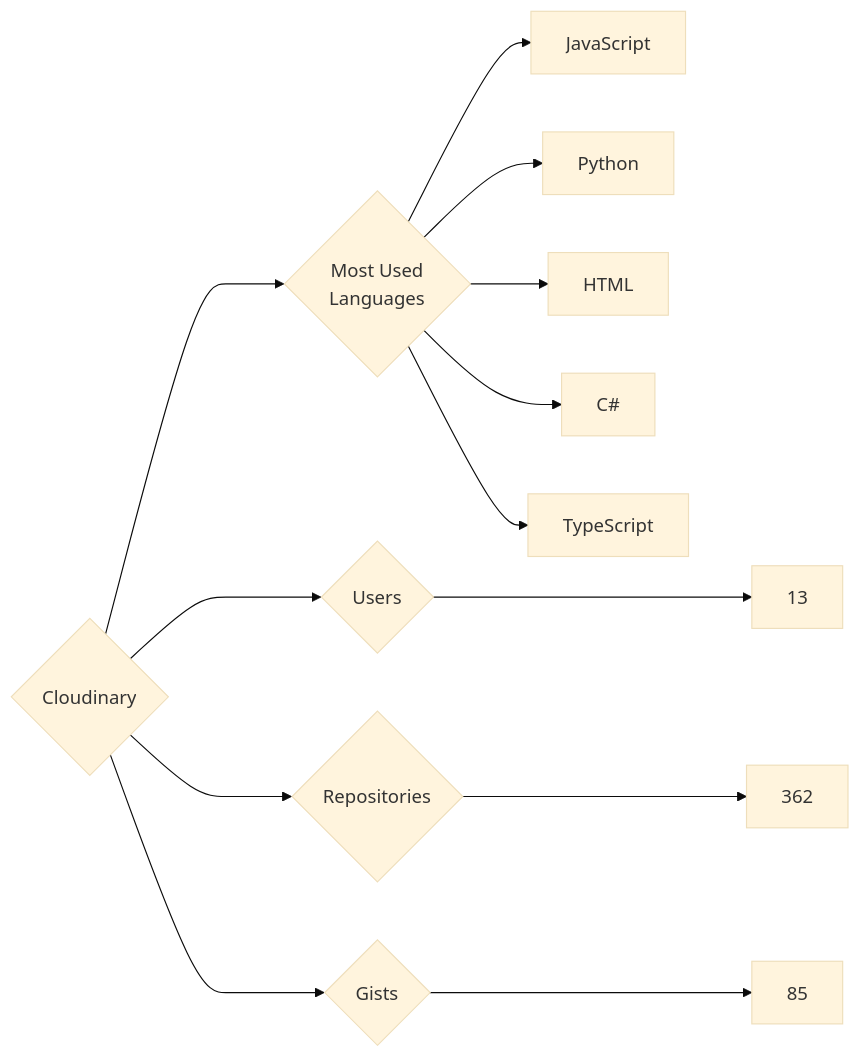
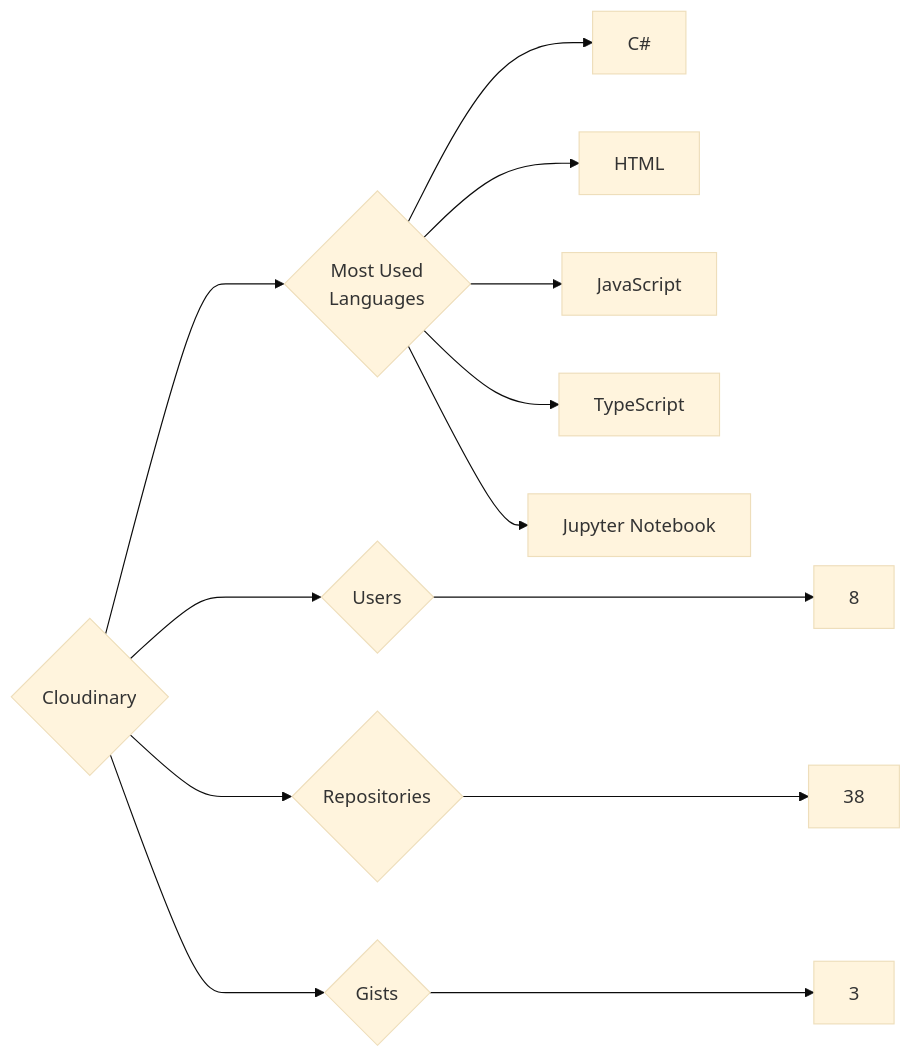
Before and after one commit to trickest/insiders: the diagram in targets/Cloudinary/README.md, drawn with Mermaid (base theme). The commit also changed 1149 other files, not shown here.

````diff
--- a/targets/Cloudinary/README.md
+++ b/targets/Cloudinary/README.md
@@ -3,13 +3,13 @@
 ```mermaid
 graph LR
 COMPANY_NAME{Cloudinary}
-COMPANY_NAME ---> U{Users} ---> UN[13]
-COMPANY_NAME ---> R{Repositories} ---> RN[362]
-COMPANY_NAME ---> G{Gists} ---> GN[85]
+COMPANY_NAME ---> U{Users} ---> UN[8]
+COMPANY_NAME ---> R{Repositories} ---> RN[38]
+COMPANY_NAME ---> G{Gists} ---> GN[3]
 COMPANY_NAME ---> ML{Most Used<br>Languages}
+ML --> C#[C#]
+ML --> HTML[HTML]
 ML --> JavaScript[JavaScript]
-ML --> Python[Python]
-ML --> HTML[HTML]
-ML --> C#[C#]
 ML --> TypeScript[TypeScript]
+ML --> Jupyter_Notebook[Jupyter Notebook]
 ```
````
